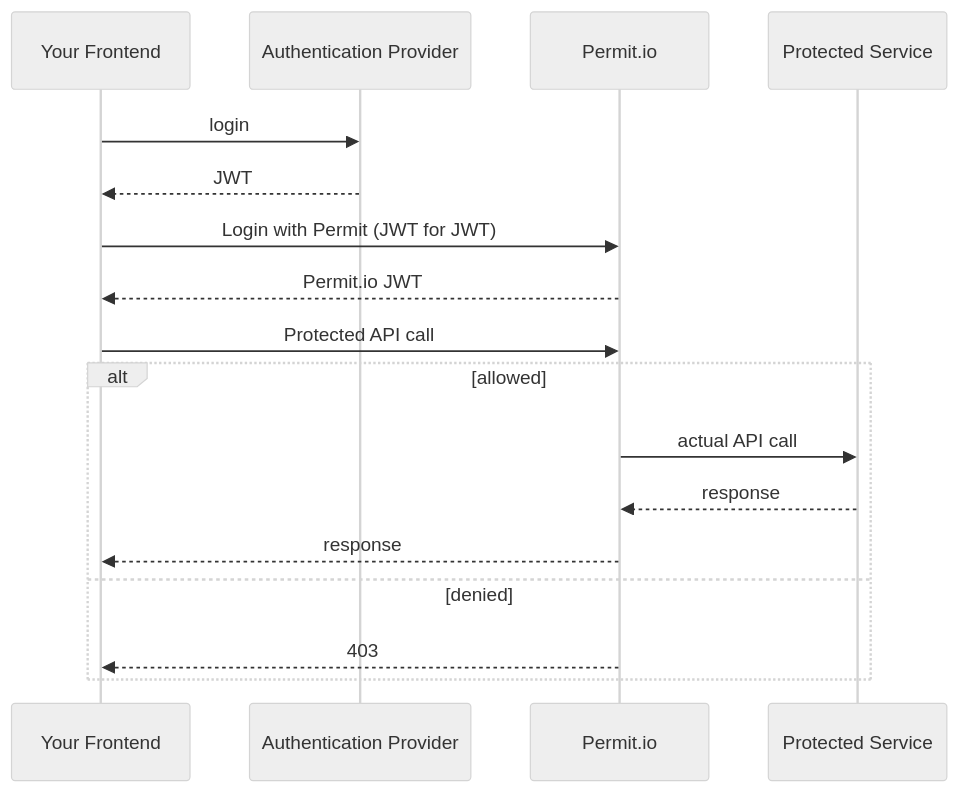
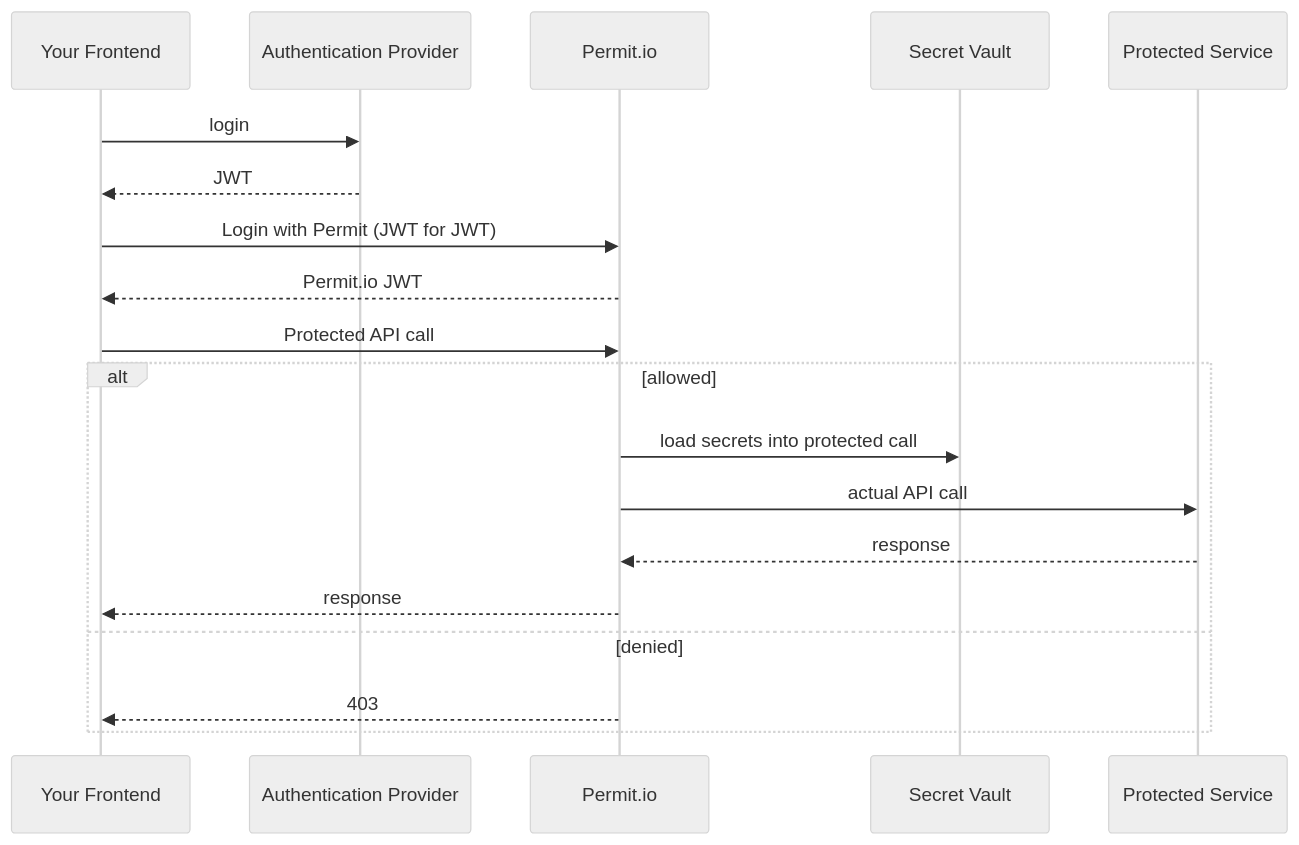
Before and after one commit to permitio/docs: the third of 3 diagrams in docs/features/FoAz.mdx, drawn with Mermaid (neutral theme). The commit also changed other lines of this file and 1 other file, not shown here.

````diff
--- a/docs/features/FoAz.mdx
+++ b/docs/features/FoAz.mdx
@@ -67,15 +71,16 @@
 ```mermaid
 sequenceDiagram
     Your Frontend ->> Authentication Provider: login
     Authentication Provider -->> Your Frontend: JWT
     Your Frontend->> Permit.io: Login with Permit (JWT for JWT)
     Permit.io -->> Your Frontend : Permit.io JWT
     Your Frontend->> Permit.io: Protected API call
     alt allowed
+        Permit.io ->> Secret Vault : load secrets into protected call
         Permit.io ->> Protected Service : actual API call
         Protected Service -->> Permit.io: response
         Permit.io -->> Your Frontend : response
     else denied
         Permit.io -->> Your Frontend : 403
     end
 ```
````
